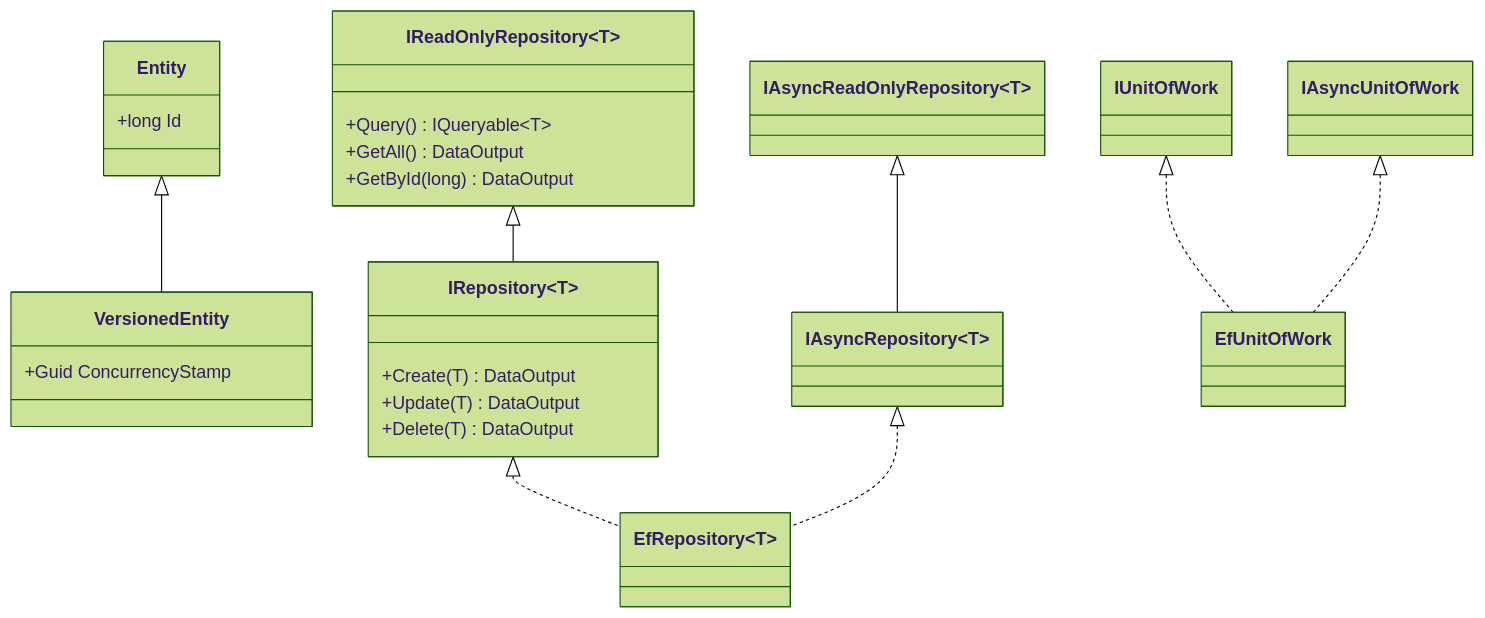
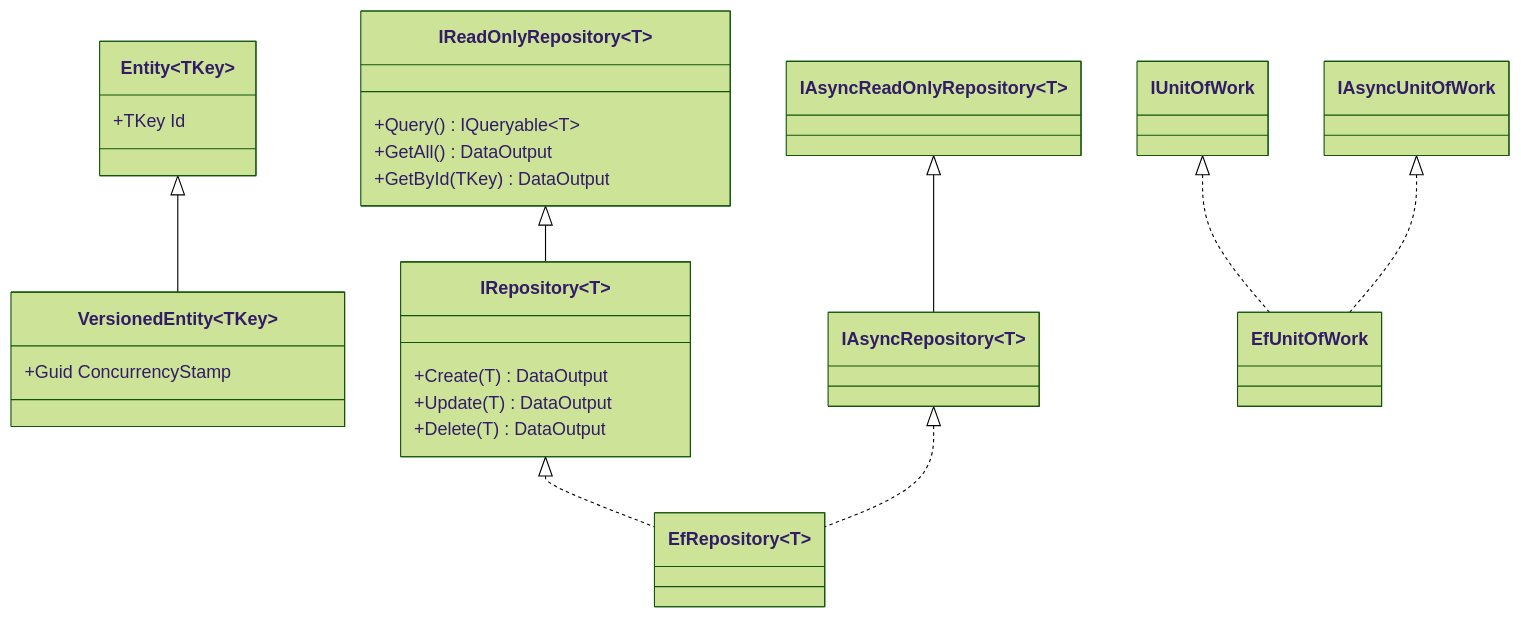
Before and after one commit to artur-rios/dotnet-data: the third of 3 diagrams in README.md, drawn with Mermaid (forest theme). The commit also changed other lines of this file and 29 other files, not shown here.

````diff
--- a/README.md
+++ b/README.md
@@ -204,31 +204,31 @@
 ```mermaid
 classDiagram
-    class Entity { +long Id }
-    class VersionedEntity { +Guid ConcurrencyStamp }
+    class Entity~TKey~ { +TKey Id }
+    class VersionedEntity~TKey~ { +Guid ConcurrencyStamp }
     Entity <|-- VersionedEntity
 
     class IReadOnlyRepository~T~ {
         +Query() IQueryable~T~
         +GetAll() DataOutput
-        +GetById(long) DataOutput
+        +GetById(TKey) DataOutput
     }
     class IRepository~T~ {
         +Create(T) DataOutput
         +Update(T) DataOutput
         +Delete(T) DataOutput
     }
     class IAsyncReadOnlyRepository~T~
     class IAsyncRepository~T~
     class EfRepository~T~
 
     IReadOnlyRepository <|-- IRepository
     IAsyncReadOnlyRepository <|-- IAsyncRepository
     IRepository <|.. EfRepository
     IAsyncRepository <|.. EfRepository
 
     class IUnitOfWork
     class IAsyncUnitOfWork
     class EfUnitOfWork
     IUnitOfWork <|.. EfUnitOfWork
     IAsyncUnitOfWork <|.. EfUnitOfWork
 ```
````
